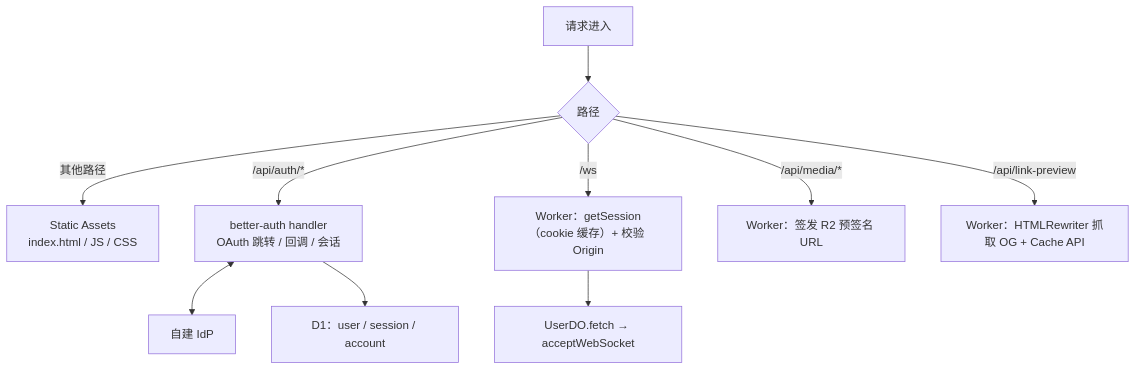
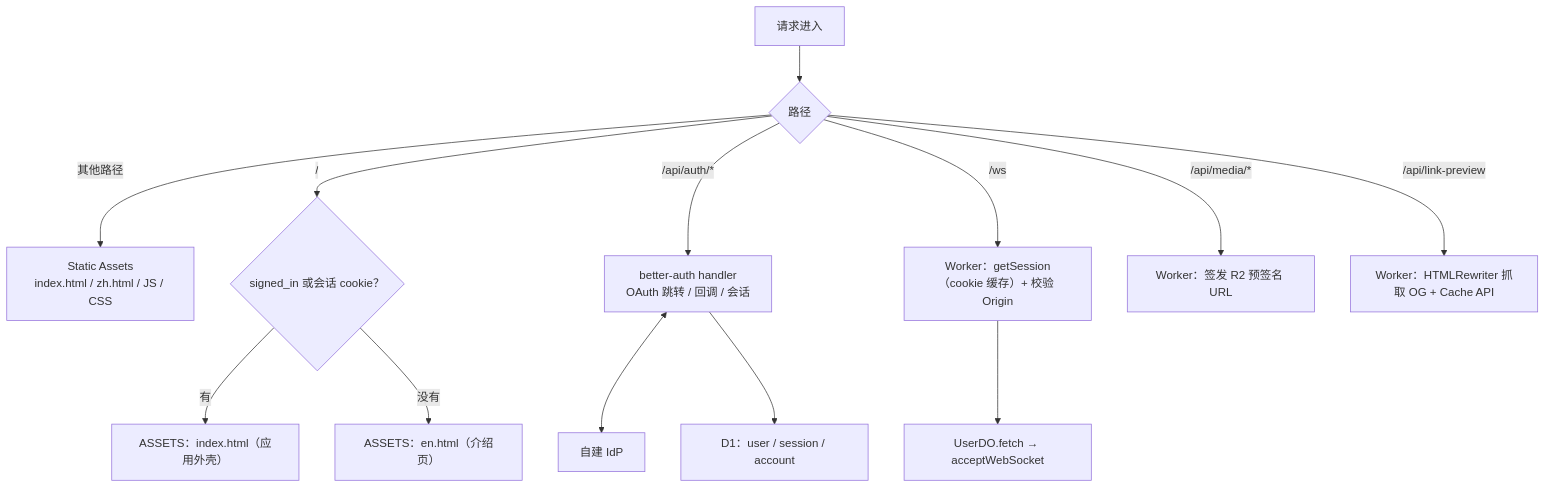
One commit to Jazee6/web-chat changed the first of 2 diagrams in docs/architecture/01-topology.md. Above: the diagram before and after it, drawn with Mermaid. The commit also changed other lines of this file and 27 other files, not shown here.

````diff
--- a/docs/architecture/01-topology.md
+++ b/docs/architecture/01-topology.md
@@ -33,11 +33,14 @@
 ```mermaid
 flowchart TD
   R["请求进入"] --> A{"路径"}
-  A -- "其他路径" --> S["Static Assets<br/>index.html / JS / CSS"]
+  A -- "其他路径" --> S["Static Assets<br/>index.html / zh.html / JS / CSS"]
+  A -- "/" --> ROOT{"signed_in 或会话 cookie？"}
+  ROOT -- "有" --> SHELL["ASSETS：index.html（应用外壳）"]
+  ROOT -- "没有" --> LAND["ASSETS：en.html（介绍页）"]
   A -- "/api/auth/*" --> AU["better-auth handler<br/>OAuth 跳转 / 回调 / 会话"]
   AU <--> IDP["自建 IdP"]
   AU --> D1q["D1：user / session / account"]
   A -- "/ws" --> WS["Worker：getSession（cookie 缓存）+ 校验 Origin"] --> UDO["UserDO.fetch → acceptWebSocket"]
   A -- "/api/media/*" --> M["Worker：签发 R2 预签名 URL"]
   A -- "/api/link-preview" --> LP["Worker：HTMLRewriter 抓取 OG + Cache API"]
 ```
````
